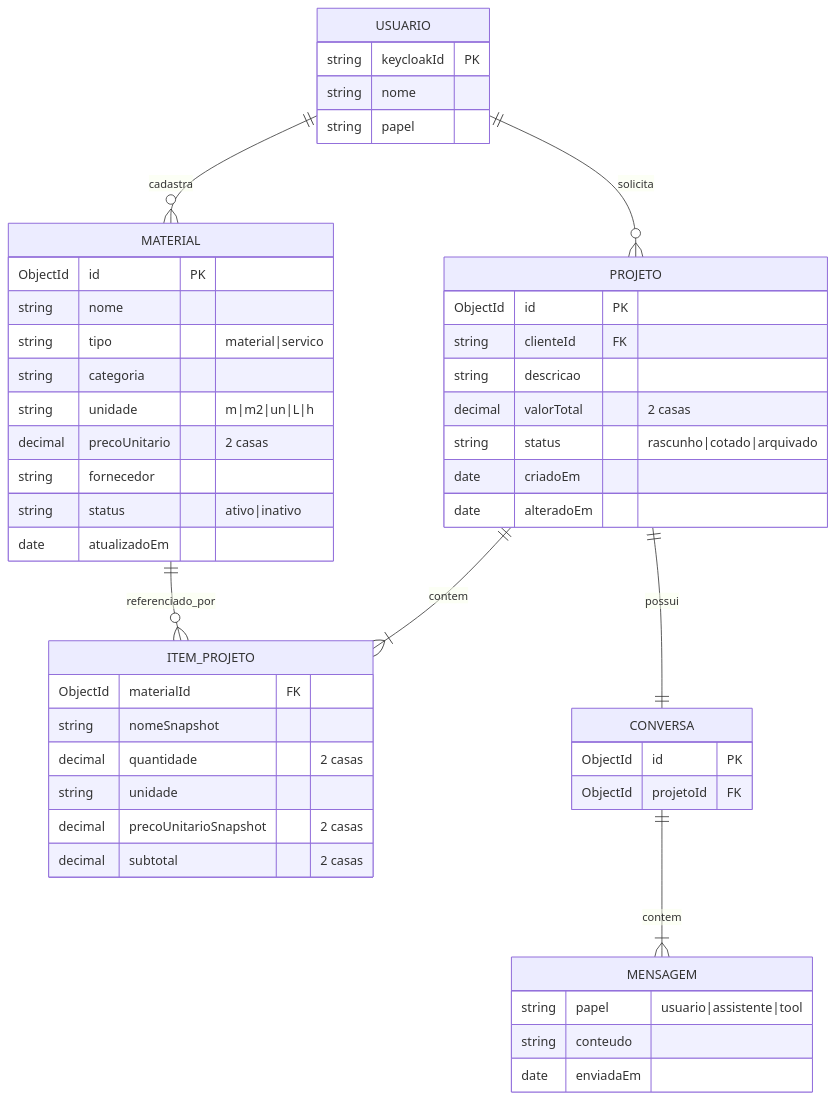
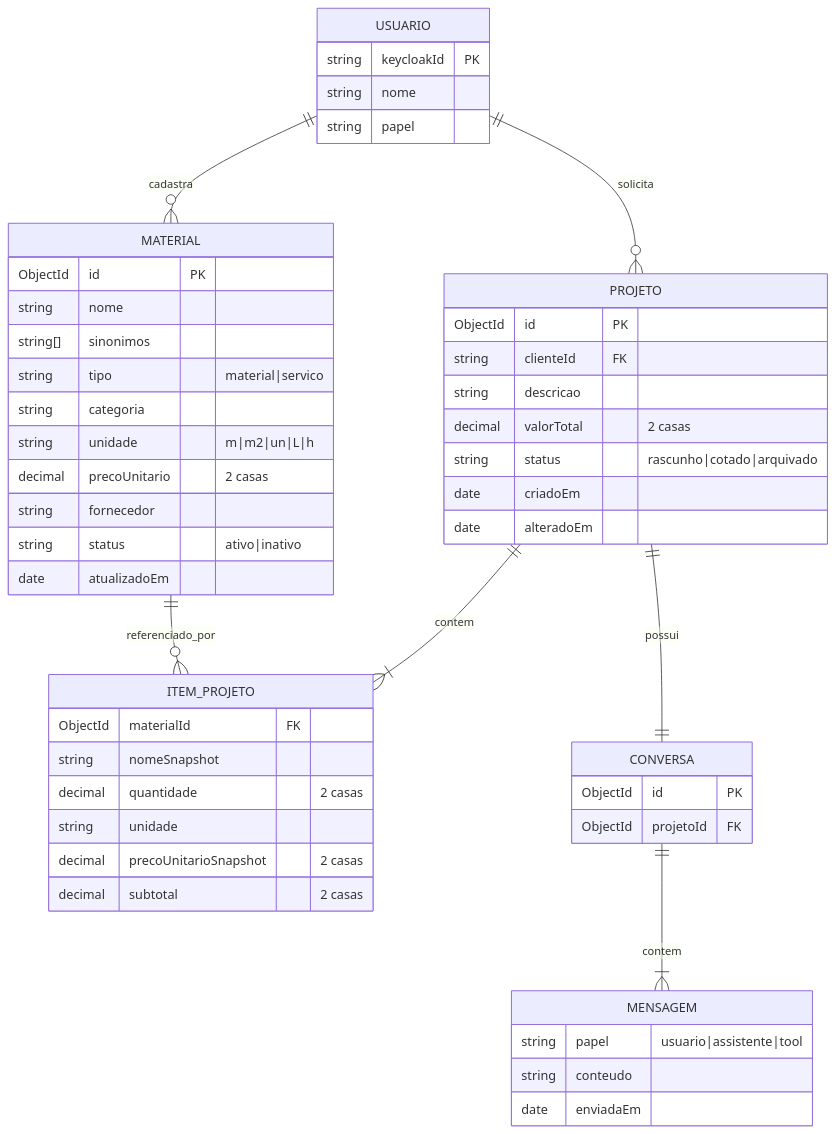
The second of 2 diagrams in .ai/business-rules.md (rafaelgils/ProjectPricingAI), drawn with Mermaid before and after one commit. The commit also changed other lines of this file and 4 other files, not shown here.

````diff
--- a/.ai/business-rules.md
+++ b/.ai/business-rules.md
@@ -131,51 +138,52 @@
 ```mermaid
 erDiagram
     USUARIO ||--o{ PROJETO : solicita
     PROJETO ||--|{ ITEM_PROJETO : contem
     MATERIAL ||--o{ ITEM_PROJETO : referenciado_por
     PROJETO ||--|| CONVERSA : possui
     CONVERSA ||--|{ MENSAGEM : contem
     USUARIO ||--o{ MATERIAL : cadastra
     USUARIO {
         string keycloakId PK
         string nome
         string papel
     }
     MATERIAL {
         ObjectId id PK
         string nome
+        string[] sinonimos
         string tipo "material|servico"
         string categoria
         string unidade "m|m2|un|L|h"
         decimal precoUnitario "2 casas"
         string fornecedor
         string status "ativo|inativo"
         date atualizadoEm
     }
     PROJETO {
         ObjectId id PK
         string clienteId FK
         string descricao
         decimal valorTotal "2 casas"
         string status "rascunho|cotado|arquivado"
         date criadoEm
         date alteradoEm
     }
     ITEM_PROJETO {
         ObjectId materialId FK
         string nomeSnapshot
         decimal quantidade "2 casas"
         string unidade
         decimal precoUnitarioSnapshot "2 casas"
         decimal subtotal "2 casas"
     }
     CONVERSA {
         ObjectId id PK
         ObjectId projetoId FK
     }
     MENSAGEM {
         string papel "usuario|assistente|tool"
         string conteudo
         date enviadaEm
     }
 ```
````
